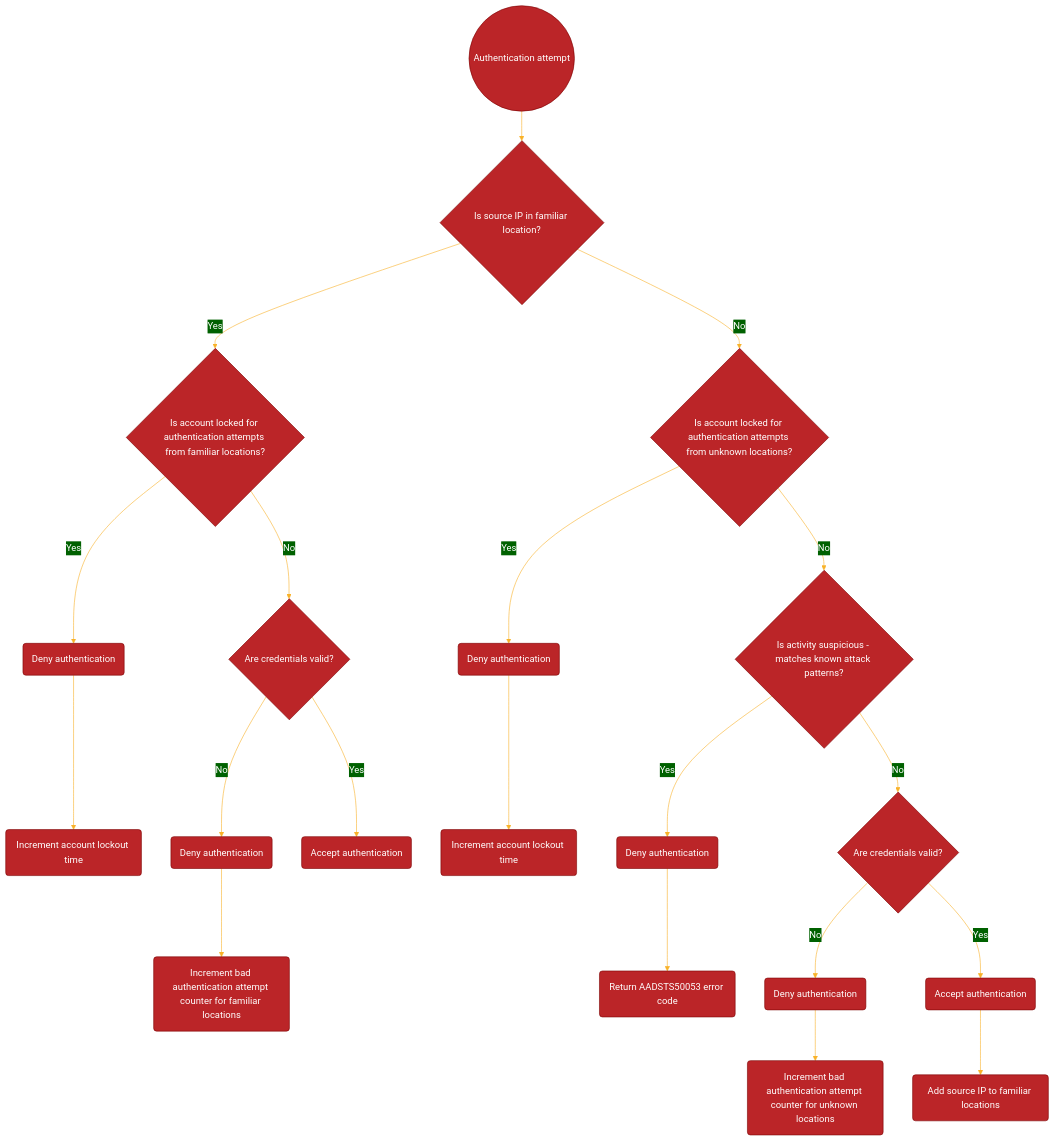
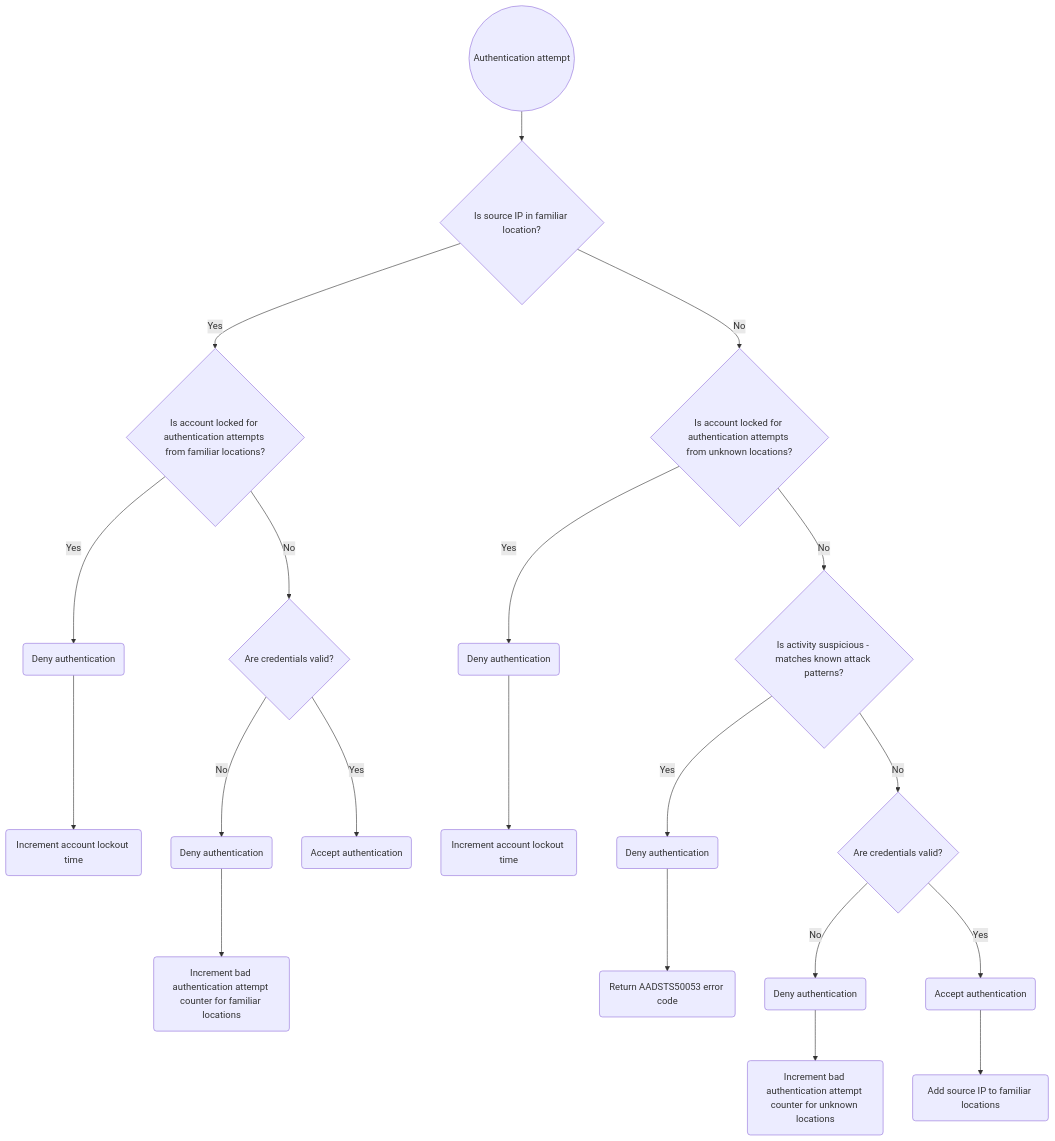
Before and after one commit to lucas-ko/lucas-ko.github.io: the diagram in _posts/2024-11-24-Entra-ID-Smart-Lockout.md, drawn with Mermaid. The commit also changed other lines of this file, not shown here.

````diff
--- a/_posts/2024-11-24-Entra-ID-Smart-Lockout.md
+++ b/_posts/2024-11-24-Entra-ID-Smart-Lockout.md
@@ -32,55 +32,42 @@
 ```mermaid
-%%{
-  init: {
-    'theme': 'base',
-    'themeVariables': {
-      'primaryColor': '#BB2528',
-      'primaryTextColor': '#fff',
-      'primaryBorderColor': '#7C0000',
-      'lineColor': '#F8B229',
-      'secondaryColor': '#006100',
-      'tertiaryColor': '#fff'
-    }
-  }
-}%%
 flowchart TD
     Start@{ shape: circle, label: "Authentication attempt" }
     Is_IPFamiliar@{ shape: diamond, label: "Is source IP in familiar location?" }
     Fam_Is_AccountLocked@{ shape: diamond, label: "Is account locked for authentication attempts from familiar locations?" }
     Fam_CredsOK@{ shape: diamond, label: "Are credentials valid?" }
     Fam_AllowAuth@{ shape: rounded, label: "Accept authentication" }
     Fam_Deny@{ shape: rounded, label: "Deny authentication" }
     Fam_DenyTimer@{ shape: rounded, label: "Deny authentication" }
     Fam_IncrementCounter@{ shape: rounded, label: "Increment bad authentication attempt counter for familiar locations" }
     Fam_IncrementTimer@{ shape: rounded, label: "Increment account lockout time" }
     Unfam_Is_AccountLocked@{ shape: diamond, label: "Is account locked for authentication attempts from unknown locations?" }
     Unfam_Deny@{ shape: rounded, label: "Deny authentication" }
     Unfam_DenyTimer@{ shape: rounded, label: "Deny authentication" }
     Unfam_DenySuspicious@{ shape: rounded, label: "Deny authentication" }
     Unfam_AADSTSCode@{ shape: rounded, label: "Return AADSTS50053 error code" }
     Unfam_CredsOK@{ shape: diamond, label: "Are credentials valid?" }
     Unfam_AllowAuth@{ shape: rounded, label: "Accept authentication" }
     Unfam_AddIP@{ shape: rounded, label: "Add source IP to familiar locations" }
     Unfam_IncrementCounter@{ shape: rounded, label: "Increment bad authentication attempt counter for unknown locations" }
     Unfam_IncrementTimer@{ shape: rounded, label: "Increment account lockout time" }
     Unfam_Is_Suspicious@{ shape: diamond, label: "Is activity suspicious - matches known attack patterns?" }
 Start --> Is_IPFamiliar
 Is_IPFamiliar-->|Yes|Fam_Is_AccountLocked
 Is_IPFamiliar-->|No|Unfam_Is_AccountLocked
 Fam_Is_AccountLocked-->|Yes|Fam_DenyTimer
 Fam_Is_AccountLocked-->|No|Fam_CredsOK
 Fam_CredsOK-->|No|Fam_Deny
 Fam_CredsOK-->|Yes|Fam_AllowAuth
 Fam_DenyTimer-->Fam_IncrementTimer
 Fam_Deny-->Fam_IncrementCounter
 Unfam_Is_AccountLocked-->|Yes|Unfam_DenyTimer
 Unfam_Is_AccountLocked-->|No|Unfam_Is_Suspicious
 Unfam_Is_Suspicious-->|Yes|Unfam_DenySuspicious
 Unfam_Is_Suspicious-->|No|Unfam_CredsOK
 Unfam_CredsOK-->|No|Unfam_Deny
 Unfam_CredsOK-->|Yes|Unfam_AllowAuth
 Unfam_AllowAuth-->Unfam_AddIP
 Unfam_DenyTimer-->Unfam_IncrementTimer
 Unfam_Deny-->Unfam_IncrementCounter
 Unfam_DenySuspicious-->Unfam_AADSTSCode
 ```
````
